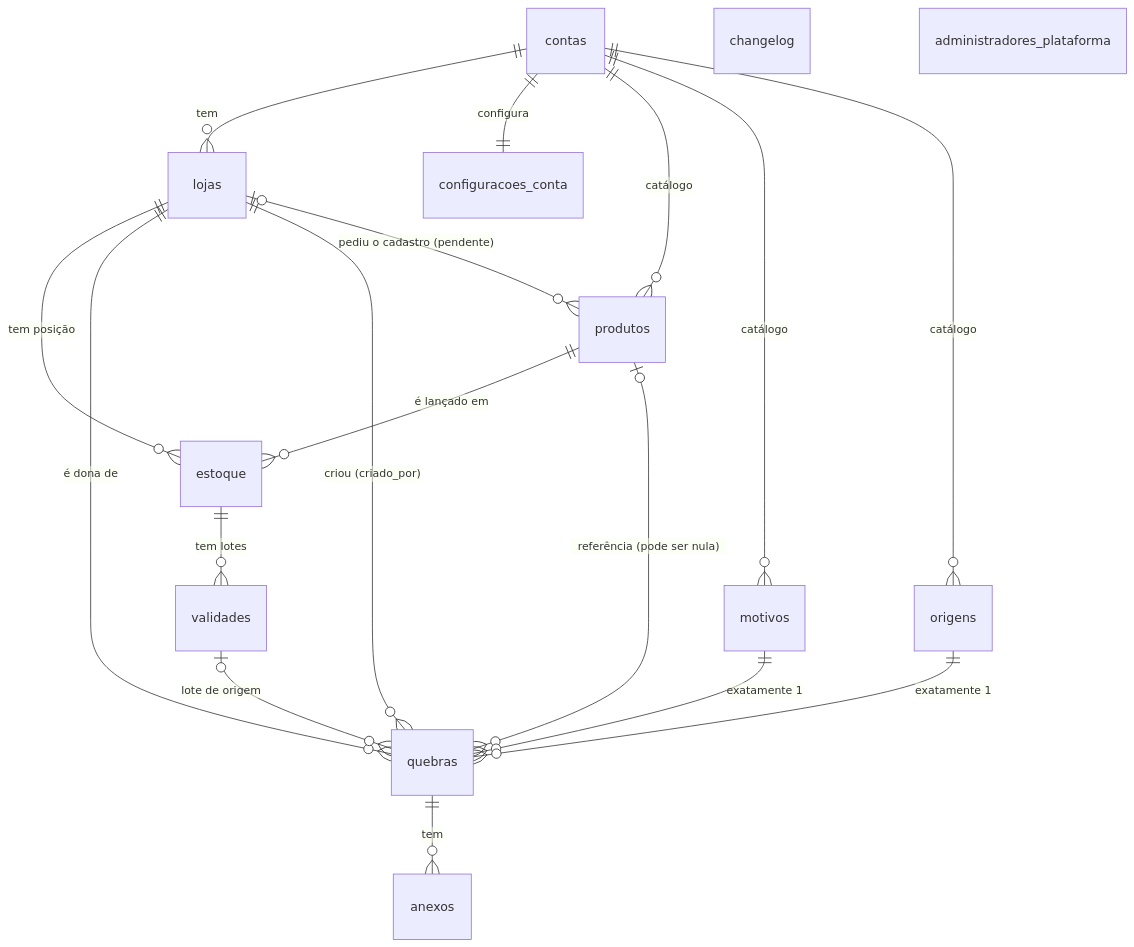
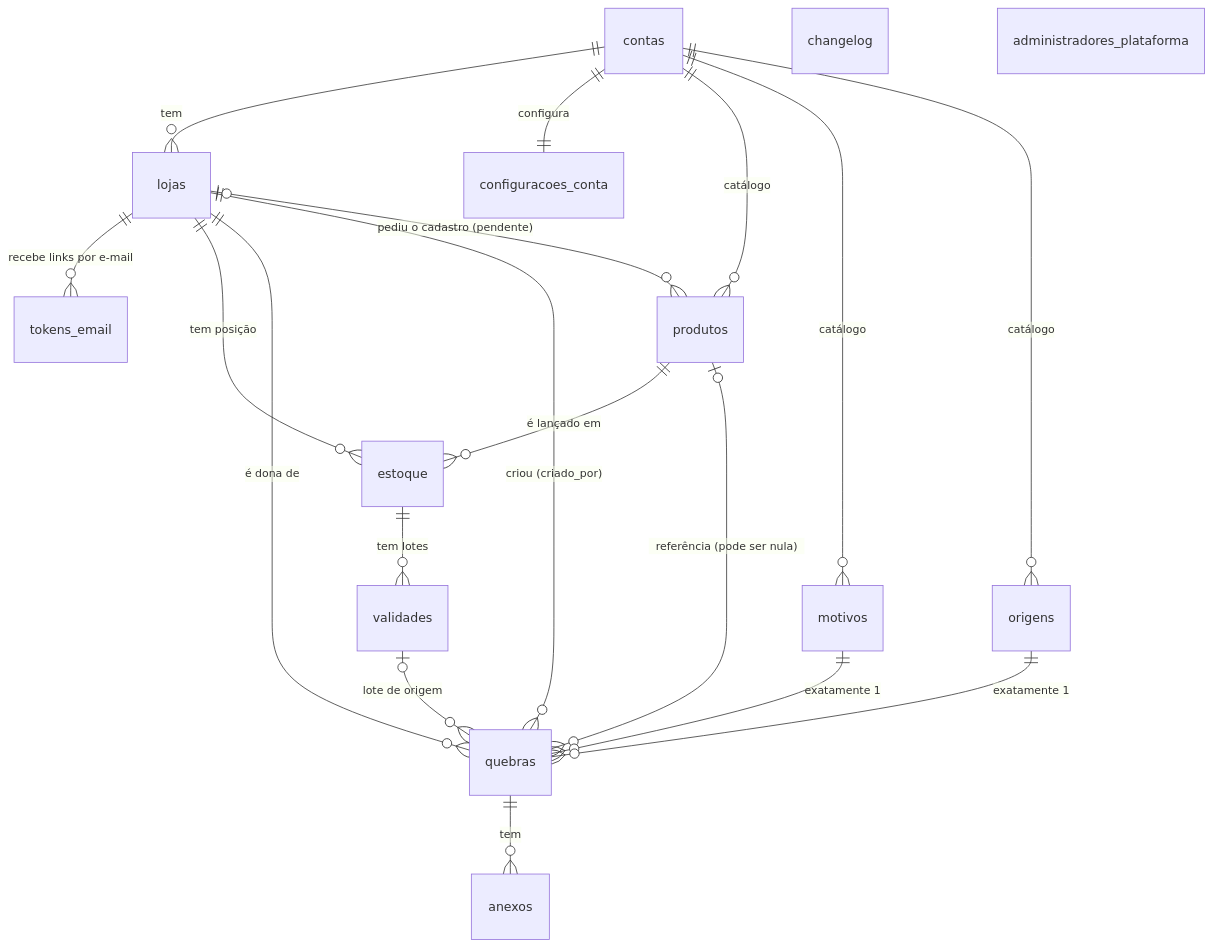
Before and after one commit to Marcelo-Marcos999/gestao-de-estoque: the diagram in docs/modelo-de-dados.md, drawn with Mermaid. The commit also changed other lines of this file and 23 other files, not shown here.

````diff
--- a/docs/modelo-de-dados.md
+++ b/docs/modelo-de-dados.md
@@ -24,25 +24,27 @@
 ```mermaid
 erDiagram
   contas ||--o{ lojas : "tem"
   contas ||--|| configuracoes_conta : "configura"
   contas ||--o{ produtos : "catálogo"
   contas ||--o{ motivos : "catálogo"
   contas ||--o{ origens : "catálogo"
+
+  lojas ||--o{ tokens_email : "recebe links por e-mail"
 
   lojas ||--o{ estoque : "tem posição"
   produtos ||--o{ estoque : "é lançado em"
   estoque ||--o{ validades : "tem lotes"
 
   lojas ||--o{ quebras : "é dona de"
   lojas ||--o{ quebras : "criou (criado_por)"
   produtos |o--o{ quebras : "referência (pode ser nula)"
   motivos ||--o{ quebras : "exatamente 1"
   origens ||--o{ quebras : "exatamente 1"
   validades |o--o{ quebras : "lote de origem"
   quebras ||--o{ anexos : "tem"
 
   lojas |o--o{ produtos : "pediu o cadastro (pendente)"
 
   changelog
   administradores_plataforma
 ```
````
